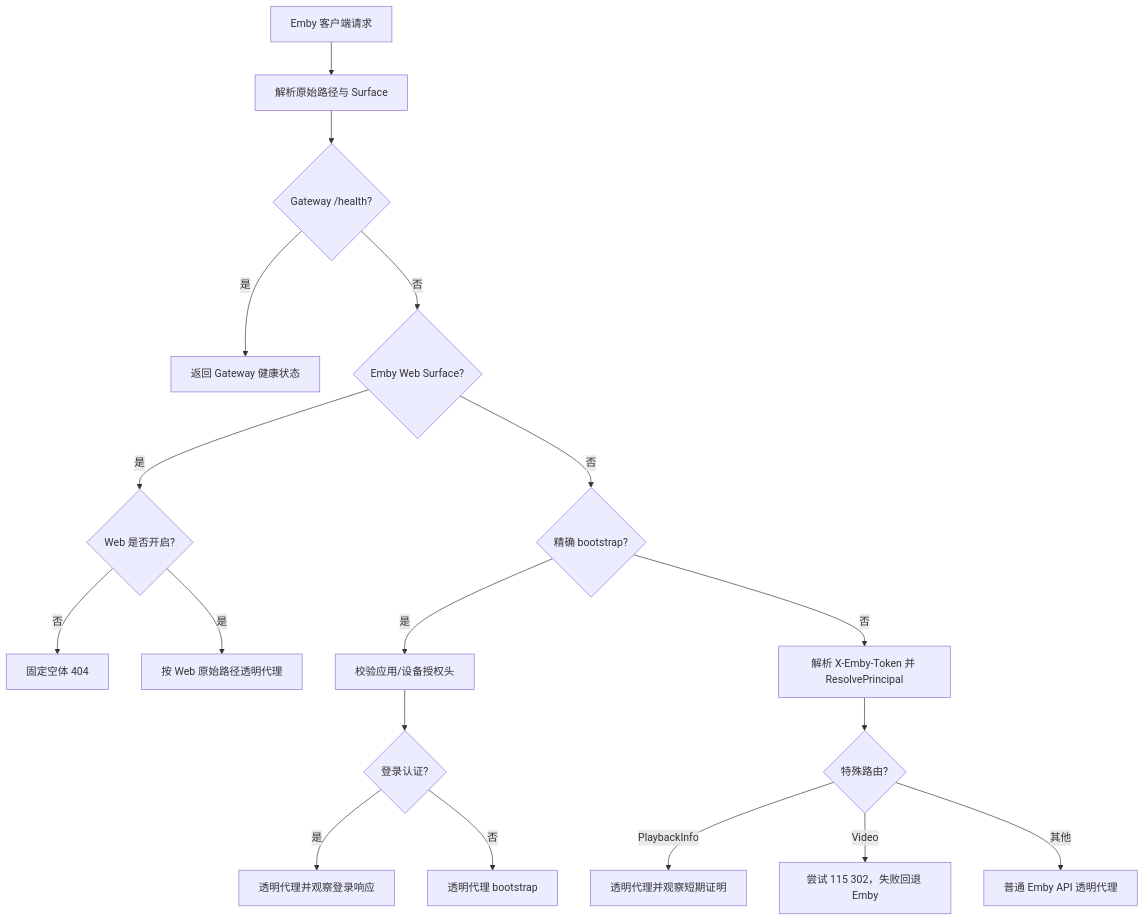
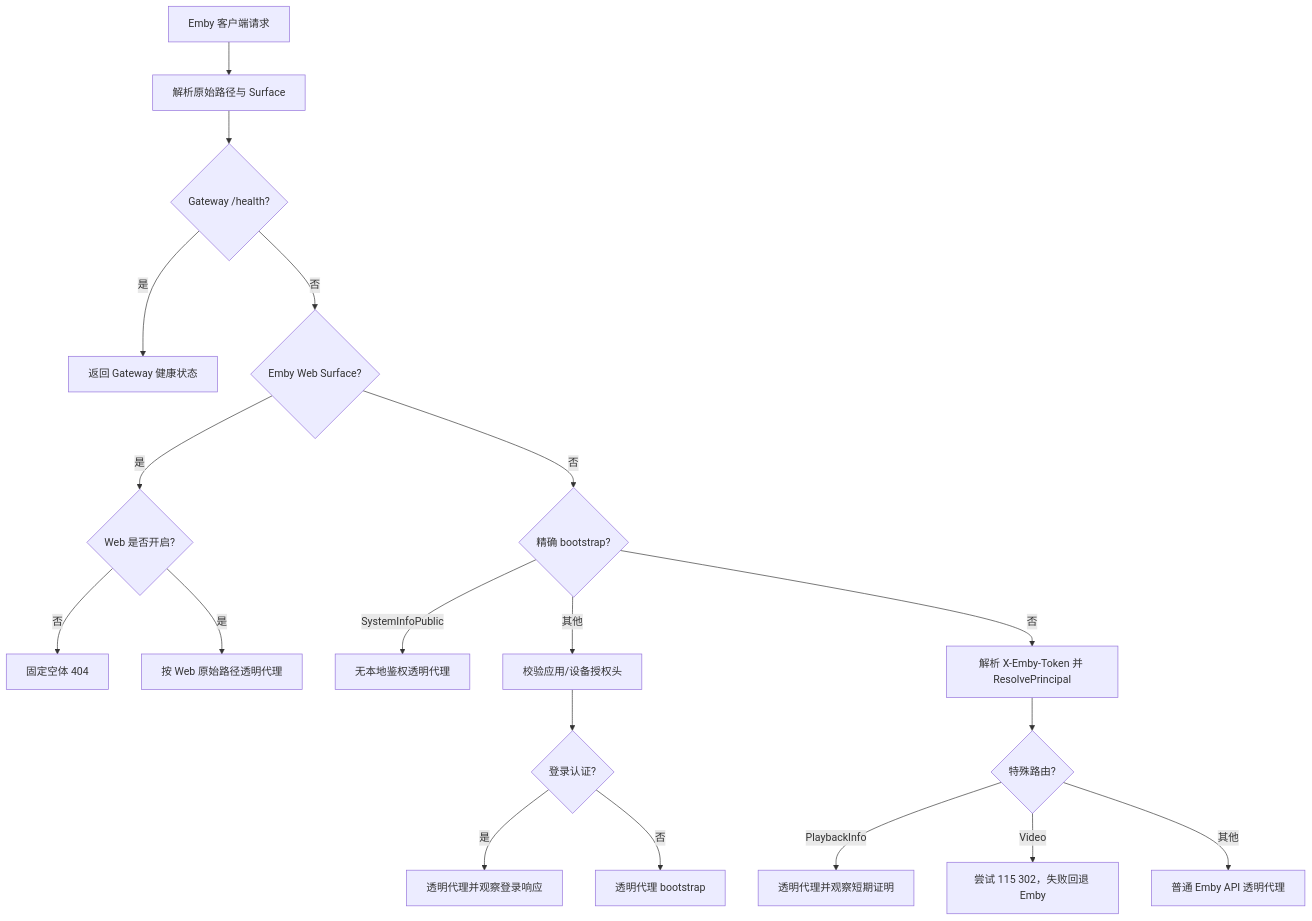
The first of 2 diagrams in docs/plan/architecture/ember-gateway-transparent-proxy-and-web-access.md (konghanghang/ember), drawn with Mermaid before and after one commit. The commit also changed other lines of this file and 7 other files, not shown here.

````diff
--- a/docs/plan/architecture/ember-gateway-transparent-proxy-and-web-access.md
+++ b/docs/plan/architecture/ember-gateway-transparent-proxy-and-web-access.md
@@ -109,20 +111,21 @@
 ```mermaid
 flowchart TD
     Client[Emby 客户端请求] --> Normalize[解析原始路径与 Surface]
     Normalize --> Health{Gateway /health?}
     Health -- 是 --> HealthResponse[返回 Gateway 健康状态]
     Health -- 否 --> Web{Emby Web Surface?}
     Web -- 是 --> WebSwitch{Web 是否开启?}
     WebSwitch -- 否 --> NotFound[固定空体 404]
     WebSwitch -- 是 --> WebProxy[按 Web 原始路径透明代理]
     Web -- 否 --> Bootstrap{精确 bootstrap?}
-    Bootstrap -- 是 --> AppHeader[校验应用/设备授权头]
+    Bootstrap -- SystemInfoPublic --> BootstrapProxy[无本地鉴权透明代理]
+    Bootstrap -- 其他 --> AppHeader[校验应用/设备授权头]
     AppHeader --> BootstrapRoute{登录认证?}
     BootstrapRoute -- 是 --> AuthObserve[透明代理并观察登录响应]
-    BootstrapRoute -- 否 --> BootstrapProxy[透明代理 bootstrap]
+    BootstrapRoute -- 否 --> AuthenticatedBootstrapProxy[透明代理 bootstrap]
     Bootstrap -- 否 --> Principal[解析 X-Emby-Token 并 ResolvePrincipal]
     Principal --> Route{特殊路由?}
     Route -- PlaybackInfo --> ProofObserve[透明代理并观察短期证明]
     Route -- Video --> DirectPlay[尝试 115 302，失败回退 Emby]
     Route -- 其他 --> DefaultProxy[普通 Emby API 透明代理]
 ```
````
